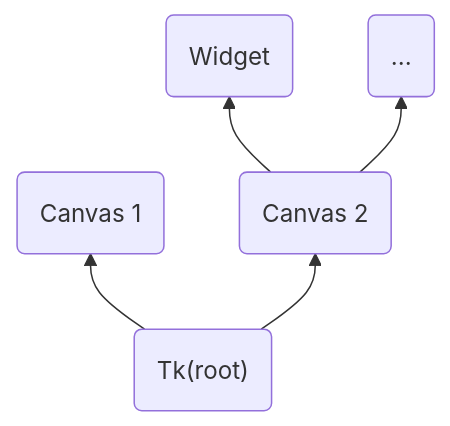
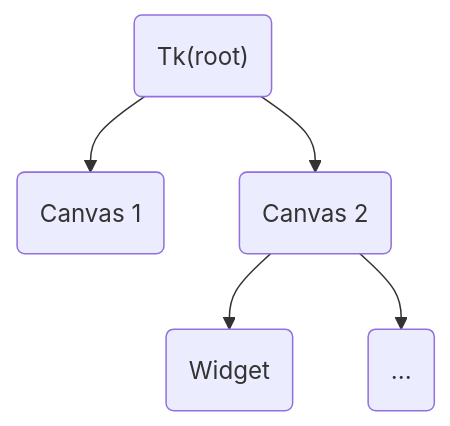
Before and after one commit to Xiaokang2022/tkintertools-docs: the diagram in 3.0/tutorials/2-1.md, drawn with Mermaid. The commit also changed other lines of this file and 2 other files, not shown here.

````diff
--- a/3.0/tutorials/2-1.md
+++ b/3.0/tutorials/2-1.md
@@ -23,12 +19,12 @@
 ```mermaid
-flowchart BT
+flowchart TB
 
     1("Tk(root)")
     2(Canvas 1)
     3(Canvas 2)
     4(Widget)
     5(...)
 
     1 --> 2; 3 --> 4;
     1 --> 3; 3 --> 5;
 ```
````
